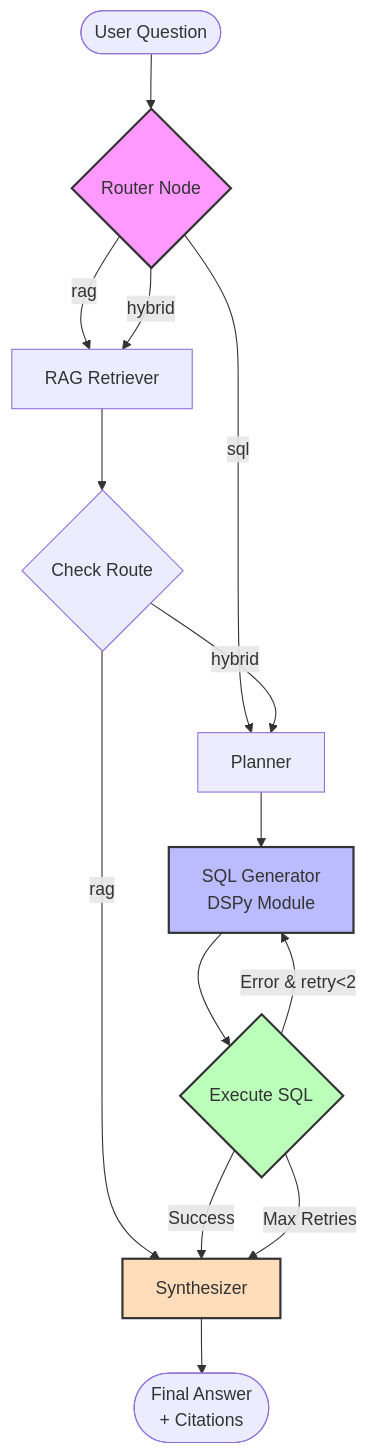
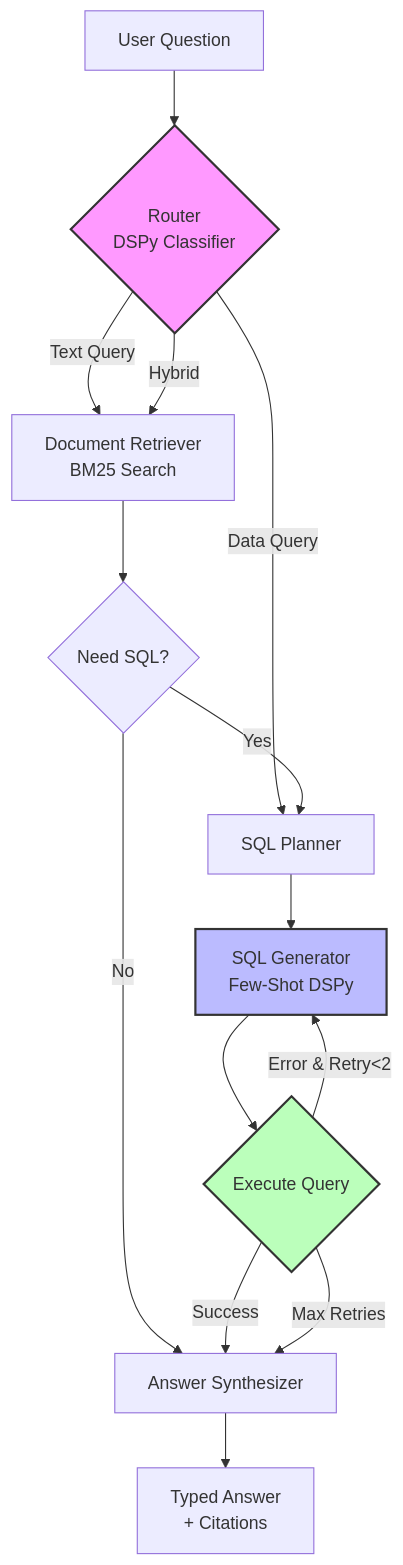
The diagram in README.md (mostafa7arafa/retail-analytics-copilot), drawn with Mermaid before and after one commit. The commit also changed other lines of this file and 6 other files, not shown here.

````diff
--- a/README.md
+++ b/README.md
@@ -26,26 +51,25 @@
 ```mermaid
 graph TD
-    Start([User Question]) --> Router{Router Node}
+    Q[User Question] --> R{Router<br/>DSPy Classifier}
     
-    Router -->|rag| Retriever[RAG Retriever]
-    Router -->|sql| Planner[Planner]
-    Router -->|hybrid| Retriever
+    R -->|Text Query| Ret[Document Retriever<br/>BM25 Search]
+    R -->|Data Query| Plan[SQL Planner]
+    R -->|Hybrid| Ret
     
-    Retriever --> PostRetrieval{Check Route}
-    PostRetrieval -->|hybrid| Planner
-    PostRetrieval -->|rag| Synthesizer[Synthesizer]
+    Ret --> Check{Need SQL?}
+    Check -->|Yes| Plan
+    Check -->|No| Synth[Answer Synthesizer]
     
-    Planner --> SQL_Gen[SQL Generator<br/>DSPy Module]
-    SQL_Gen --> Executor{Execute SQL}
+    Plan --> Gen[SQL Generator<br/>Few-Shot DSPy]
+    Gen --> Exec{Execute Query}
     
-    Executor -->|Success| Synthesizer
-    Executor -->|Error & retry<2| SQL_Gen
-    Executor -->|Max Retries| Synthesizer
+    Exec -->|Success| Synth
+    Exec -->|Error & Retry<2| Gen
+    Exec -->|Max Retries| Synth
     
-    Synthesizer --> End([Final Answer<br/>+ Citations])
+    Synth --> Out[Typed Answer<br/>+ Citations]
     
-    style Router fill:#f9f,stroke:#333,stroke-width:2px
-    style SQL_Gen fill:#bbf,stroke:#333,stroke-width:2px
-    style Executor fill:#bfb,stroke:#333,stroke-width:2px
-    style Synthesizer fill:#fdb,stroke:#333,stroke-width:2px
+    style R fill:#f9f,stroke:#333,stroke-width:2px
+    style Gen fill:#bbf,stroke:#333,stroke-width:2px
+    style Exec fill:#bfb,stroke:#333,stroke-width:2px
 ```
````
